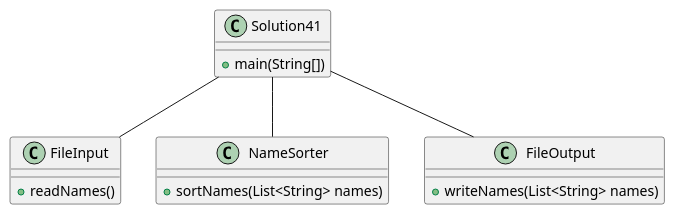
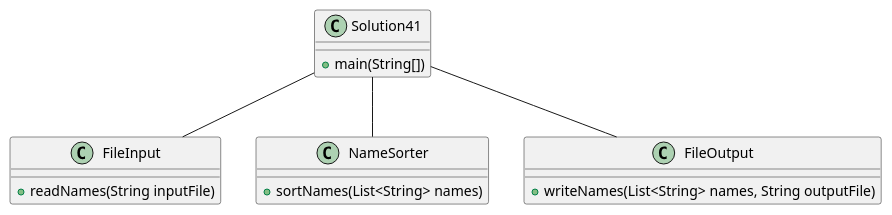
Before and after one commit to BlakeLoch/lochmandy-a04: the diagram in exercise41/docs/ClassDiagram.puml, drawn with PlantUML. The commit also changed 13 other files, not shown here.

```diff
--- a/exercise41/docs/ClassDiagram.puml
+++ b/exercise41/docs/ClassDiagram.puml
@@ -1,24 +1,24 @@
 @startuml
 
 class FileInput {
-  +readNames()
+  +readNames(String inputFile)
 }
 
 class NameSorter {
   +sortNames(List<String> names)
 }
 
 class FileOutput {
-  +writeNames(List<String> names)
+  +writeNames(List<String> names, String outputFile)
 }
-
 class Solution41 {
 +main(String[])
 }
 
 Solution41 -- FileInput
 Solution41 -- NameSorter
 Solution41 -- FileOutput
 
 
+
 @enduml
```
